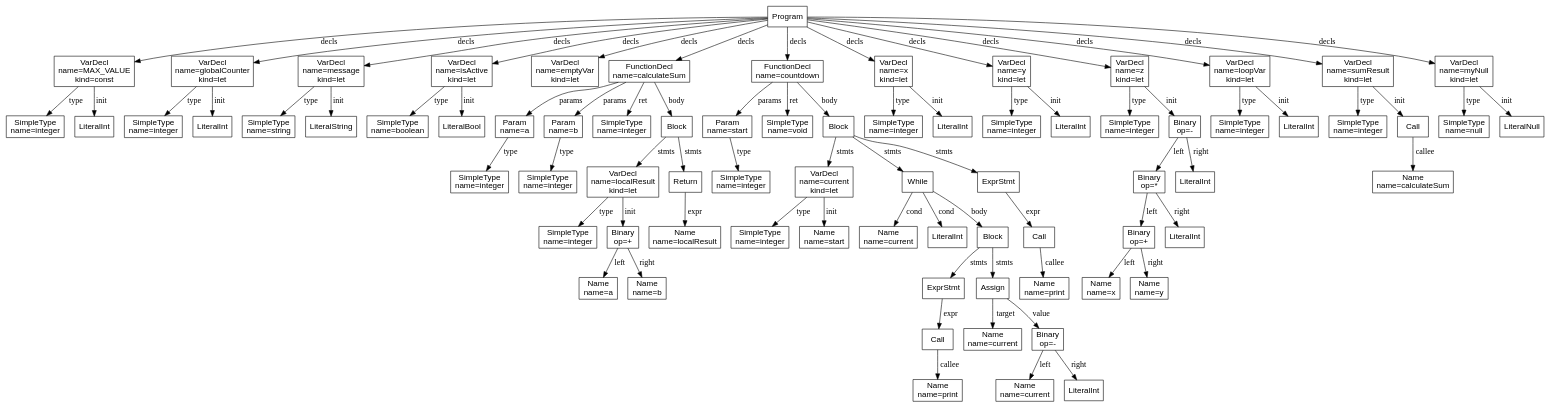
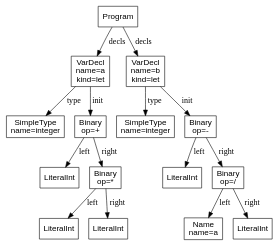
One commit to DanielDubon/compilers-2025_Dubon changed the diagram in compiscript/program/ast.dot. Above: the diagram before and after it, drawn with Graphviz. The commit also changed 6 other files, not shown here.

```diff
--- a/compiscript/program/ast.dot
+++ b/compiscript/program/ast.dot
@@ -1,154 +1,32 @@
 digraph AST {
   node [shape=box, fontname="Arial"];
   n0 [label="Program"];
-  n1 [label="VarDecl\nname=MAX_VALUE\nkind=const"];
+  n1 [label="VarDecl\nname=a\nkind=let"];
   n2 [label="SimpleType\nname=integer"];
   n1 -> n2 [label="type"];
-  n3 [label="LiteralInt"];
+  n3 [label="Binary\nop=+"];
+  n4 [label="LiteralInt"];
+  n3 -> n4 [label="left"];
+  n5 [label="Binary\nop=*"];
+  n6 [label="LiteralInt"];
+  n5 -> n6 [label="left"];
+  n7 [label="LiteralInt"];
+  n5 -> n7 [label="right"];
+  n3 -> n5 [label="right"];
   n1 -> n3 [label="init"];
   n0 -> n1 [label="decls"];
-  n4 [label="VarDecl\nname=globalCounter\nkind=let"];
-  n5 [label="SimpleType\nname=integer"];
-  n4 -> n5 [label="type"];
-  n6 [label="LiteralInt"];
-  n4 -> n6 [label="init"];
-  n0 -> n4 [label="decls"];
-  n7 [label="VarDecl\nname=message\nkind=let"];
-  n8 [label="SimpleType\nname=string"];
-  n7 -> n8 [label="type"];
-  n9 [label="LiteralString"];
-  n7 -> n9 [label="init"];
-  n0 -> n7 [label="decls"];
-  n10 [label="VarDecl\nname=isActive\nkind=let"];
-  n11 [label="SimpleType\nname=boolean"];
-  n10 -> n11 [label="type"];
-  n12 [label="LiteralBool"];
-  n10 -> n12 [label="init"];
-  n0 -> n10 [label="decls"];
-  n13 [label="VarDecl\nname=emptyVar\nkind=let"];
-  n0 -> n13 [label="decls"];
-  n14 [label="FunctionDecl\nname=calculateSum"];
-  n15 [label="Param\nname=a"];
-  n16 [label="SimpleType\nname=integer"];
-  n15 -> n16 [label="type"];
-  n14 -> n15 [label="params"];
-  n17 [label="Param\nname=b"];
-  n18 [label="SimpleType\nname=integer"];
-  n17 -> n18 [label="type"];
-  n14 -> n17 [label="params"];
-  n19 [label="SimpleType\nname=integer"];
-  n14 -> n19 [label="ret"];
-  n20 [label="Block"];
-  n21 [label="VarDecl\nname=localResult\nkind=let"];
-  n22 [label="SimpleType\nname=integer"];
-  n21 -> n22 [label="type"];
-  n23 [label="Binary\nop=+"];
-  n24 [label="Name\nname=a"];
-  n23 -> n24 [label="left"];
-  n25 [label="Name\nname=b"];
-  n23 -> n25 [label="right"];
-  n21 -> n23 [label="init"];
-  n20 -> n21 [label="stmts"];
-  n26 [label="Return"];
-  n27 [label="Name\nname=localResult"];
-  n26 -> n27 [label="expr"];
-  n20 -> n26 [label="stmts"];
-  n14 -> n20 [label="body"];
-  n0 -> n14 [label="decls"];
-  n28 [label="FunctionDecl\nname=countdown"];
-  n29 [label="Param\nname=start"];
-  n30 [label="SimpleType\nname=integer"];
-  n29 -> n30 [label="type"];
-  n28 -> n29 [label="params"];
-  n31 [label="SimpleType\nname=void"];
-  n28 -> n31 [label="ret"];
-  n32 [label="Block"];
-  n33 [label="VarDecl\nname=current\nkind=let"];
-  n34 [label="SimpleType\nname=integer"];
-  n33 -> n34 [label="type"];
-  n35 [label="Name\nname=start"];
-  n33 -> n35 [label="init"];
-  n32 -> n33 [label="stmts"];
-  n36 [label="While"];
-  n37 [label="Name\nname=current"];
-  n36 -> n37 [label="cond"];
-  n38 [label="LiteralInt"];
-  n36 -> n38 [label="cond"];
-  n39 [label="Block"];
-  n40 [label="ExprStmt"];
-  n41 [label="Call"];
-  n42 [label="Name\nname=print"];
-  n41 -> n42 [label="callee"];
-  n40 -> n41 [label="expr"];
-  n39 -> n40 [label="stmts"];
-  n43 [label="Assign"];
-  n44 [label="Name\nname=current"];
-  n43 -> n44 [label="target"];
-  n45 [label="Binary\nop=-"];
-  n46 [label="Name\nname=current"];
-  n45 -> n46 [label="left"];
-  n47 [label="LiteralInt"];
-  n45 -> n47 [label="right"];
-  n43 -> n45 [label="value"];
-  n39 -> n43 [label="stmts"];
-  n36 -> n39 [label="body"];
-  n32 -> n36 [label="stmts"];
-  n48 [label="ExprStmt"];
-  n49 [label="Call"];
-  n50 [label="Name\nname=print"];
-  n49 -> n50 [label="callee"];
-  n48 -> n49 [label="expr"];
-  n32 -> n48 [label="stmts"];
-  n28 -> n32 [label="body"];
-  n0 -> n28 [label="decls"];
-  n51 [label="VarDecl\nname=x\nkind=let"];
-  n52 [label="SimpleType\nname=integer"];
-  n51 -> n52 [label="type"];
-  n53 [label="LiteralInt"];
-  n51 -> n53 [label="init"];
-  n0 -> n51 [label="decls"];
-  n54 [label="VarDecl\nname=y\nkind=let"];
-  n55 [label="SimpleType\nname=integer"];
-  n54 -> n55 [label="type"];
-  n56 [label="LiteralInt"];
-  n54 -> n56 [label="init"];
-  n0 -> n54 [label="decls"];
-  n57 [label="VarDecl\nname=z\nkind=let"];
-  n58 [label="SimpleType\nname=integer"];
-  n57 -> n58 [label="type"];
-  n59 [label="Binary\nop=-"];
-  n60 [label="Binary\nop=*"];
-  n61 [label="Binary\nop=+"];
-  n62 [label="Name\nname=x"];
-  n61 -> n62 [label="left"];
-  n63 [label="Name\nname=y"];
-  n61 -> n63 [label="right"];
-  n60 -> n61 [label="left"];
-  n64 [label="LiteralInt"];
-  n60 -> n64 [label="right"];
-  n59 -> n60 [label="left"];
-  n65 [label="LiteralInt"];
-  n59 -> n65 [label="right"];
-  n57 -> n59 [label="init"];
-  n0 -> n57 [label="decls"];
-  n66 [label="VarDecl\nname=loopVar\nkind=let"];
-  n67 [label="SimpleType\nname=integer"];
-  n66 -> n67 [label="type"];
-  n68 [label="LiteralInt"];
-  n66 -> n68 [label="init"];
-  n0 -> n66 [label="decls"];
-  n69 [label="VarDecl\nname=sumResult\nkind=let"];
-  n70 [label="SimpleType\nname=integer"];
-  n69 -> n70 [label="type"];
-  n71 [label="Call"];
-  n72 [label="Name\nname=calculateSum"];
-  n71 -> n72 [label="callee"];
-  n69 -> n71 [label="init"];
-  n0 -> n69 [label="decls"];
-  n73 [label="VarDecl\nname=myNull\nkind=let"];
-  n74 [label="SimpleType\nname=null"];
-  n73 -> n74 [label="type"];
-  n75 [label="LiteralNull"];
-  n73 -> n75 [label="init"];
-  n0 -> n73 [label="decls"];
+  n8 [label="VarDecl\nname=b\nkind=let"];
+  n9 [label="SimpleType\nname=integer"];
+  n8 -> n9 [label="type"];
+  n10 [label="Binary\nop=-"];
+  n11 [label="LiteralInt"];
+  n10 -> n11 [label="left"];
+  n12 [label="Binary\nop=/"];
+  n13 [label="Name\nname=a"];
+  n12 -> n13 [label="left"];
+  n14 [label="LiteralInt"];
+  n12 -> n14 [label="right"];
+  n10 -> n12 [label="right"];
+  n8 -> n10 [label="init"];
+  n0 -> n8 [label="decls"];
 }
```
